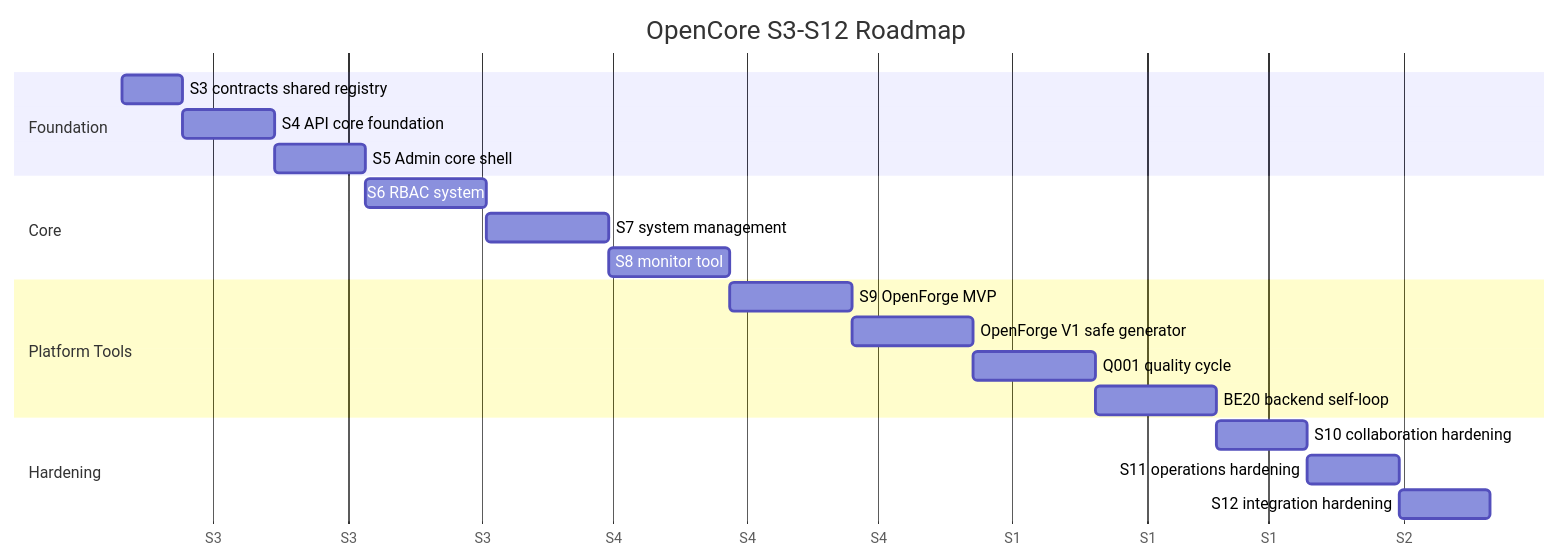
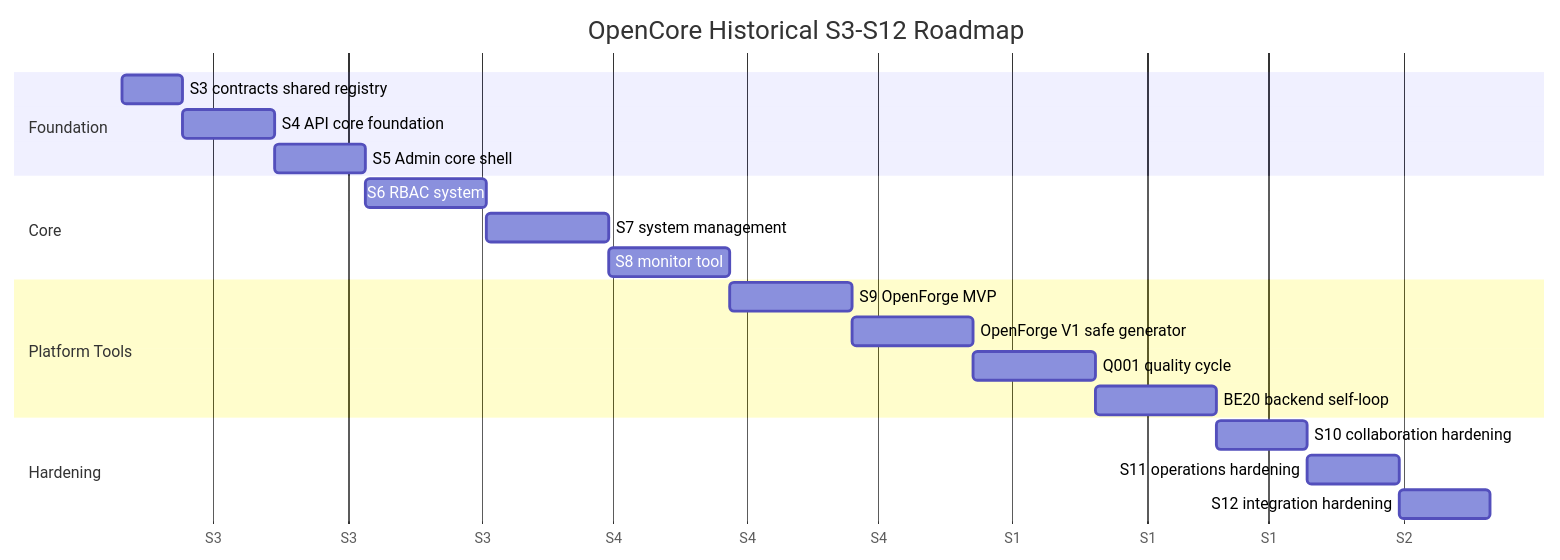
One commit to Gan-Xing/OpenCore changed the first of 3 diagrams in docs/strategy/staged-roadmap.md. Above: the diagram before and after it, drawn with Mermaid. The commit also changed other lines of this file and 15 other files, not shown here.

````diff
--- a/docs/strategy/staged-roadmap.md
+++ b/docs/strategy/staged-roadmap.md
@@ -11,23 +11,23 @@
 ```mermaid
 gantt
-  title OpenCore S3-S12 Roadmap
+  title OpenCore Historical S3-S12 Roadmap
   dateFormat  YYYY-MM-DD
   axisFormat  S%q
   section Foundation
   S3 contracts shared registry :s3, 2026-06-10, 14d
   S4 API core foundation :s4, after s3, 21d
   S5 Admin core shell :s5, after s4, 21d
   section Core
   S6 RBAC system :s6, after s5, 28d
   S7 system management :s7, after s6, 28d
   S8 monitor tool :s8, after s7, 28d
   section Platform Tools
   S9 OpenForge MVP :s9, after s8, 28d
   OpenForge V1 safe generator :v1, after s9, 28d
   Q001 quality cycle :q001, after v1, 28d
   BE20 backend self-loop :be20, after q001, 28d
   section Hardening
   S10 collaboration hardening :s10, after be20, 21d
   S11 operations hardening :s11, after s10, 21d
   S12 integration hardening :s12, after s11, 21d
 ```
````
